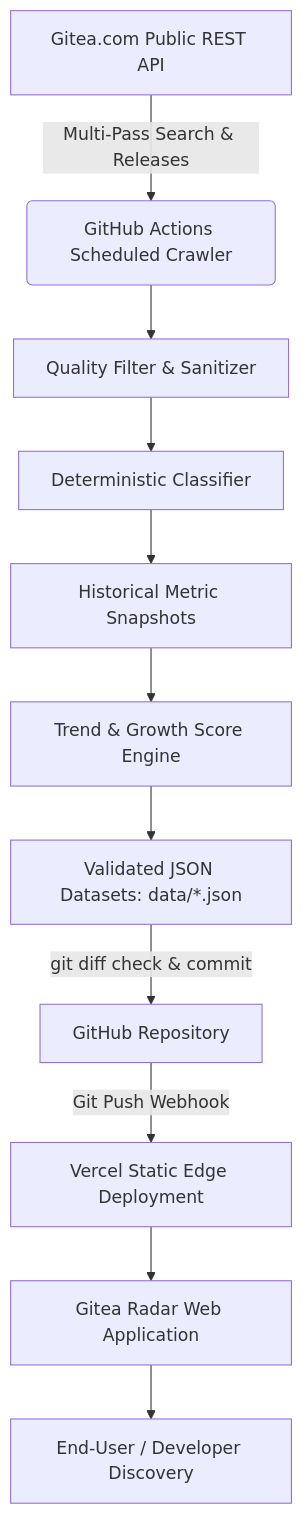
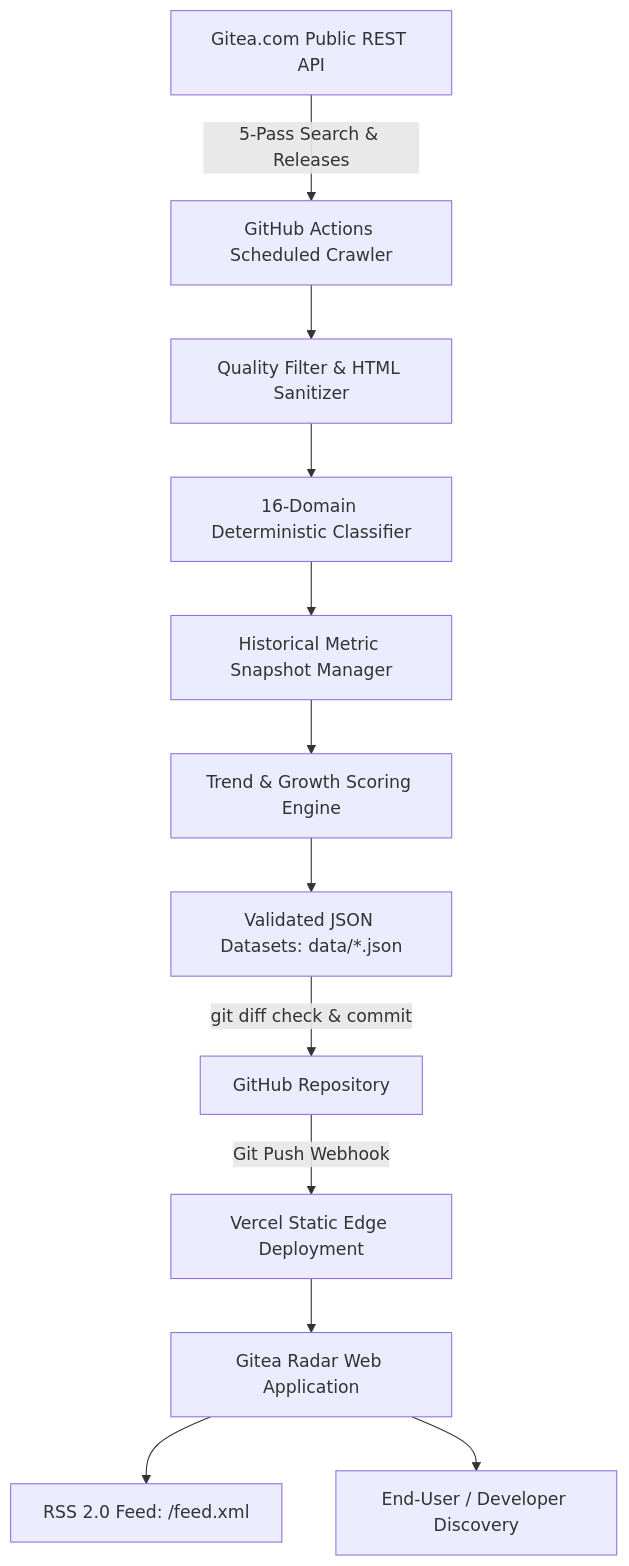
Before and after one commit to jojin1709/gitea-radar: the diagram in README.md, drawn with Mermaid. The commit also changed other lines of this file, not shown here.

Commit message:
docs: update README with premium GitHub styling and author attribution

````diff
--- a/README.md
+++ b/README.md
@@ -31,13 +120,14 @@
 ```mermaid
 flowchart TD
-    A[Gitea.com Public REST API] -->|Multi-Pass Search & Releases| B(GitHub Actions Scheduled Crawler)
-    B --> C[Quality Filter & Sanitizer]
-    C --> D[Deterministic Classifier]
-    D --> E[Historical Metric Snapshots]
-    E --> F[Trend & Growth Score Engine]
-    F --> G[Validated JSON Datasets: data/*.json]
-    G -->|git diff check & commit| H[GitHub Repository]
-    H -->|Git Push Webhook| I[Vercel Static Edge Deployment]
-    I --> J[Gitea Radar Web Application]
-    J --> K[End-User / Developer Discovery]
+    API["Gitea.com Public REST API"] -->|5-Pass Search & Releases| CRAWLER["GitHub Actions Scheduled Crawler"]
+    CRAWLER --> SANITIZE["Quality Filter & HTML Sanitizer"]
+    SANITIZE --> CLASSIFY["16-Domain Deterministic Classifier"]
+    CLASSIFY --> SNAPSHOT["Historical Metric Snapshot Manager"]
+    SNAPSHOT --> SCORER["Trend & Growth Scoring Engine"]
+    SCORER --> DATASETS["Validated JSON Datasets: data/*.json"]
+    DATASETS -->|git diff check & commit| GH["GitHub Repository"]
+    GH -->|Git Push Webhook| VERCEL["Vercel Static Edge Deployment"]
+    VERCEL --> WEB["Gitea Radar Web Application"]
+    WEB --> RSS["RSS 2.0 Feed: /feed.xml"]
+    WEB --> USER["End-User / Developer Discovery"]
 ```
````
